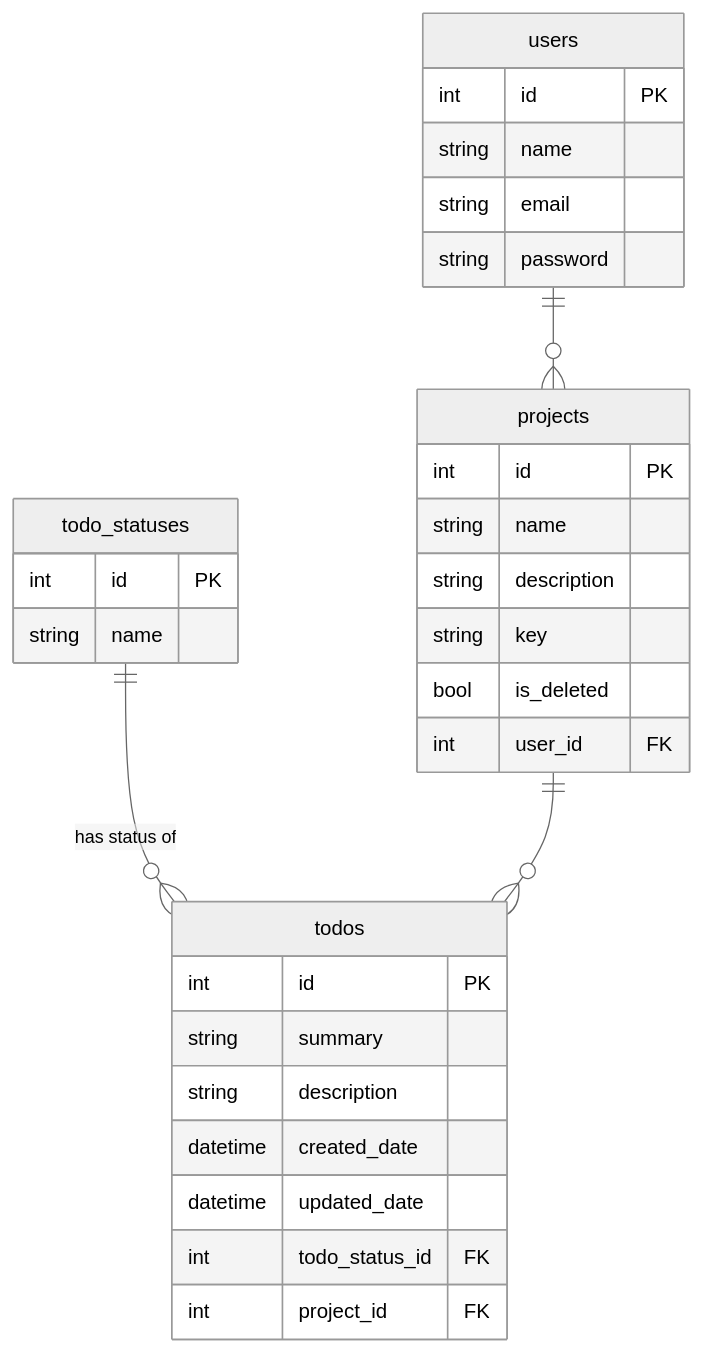
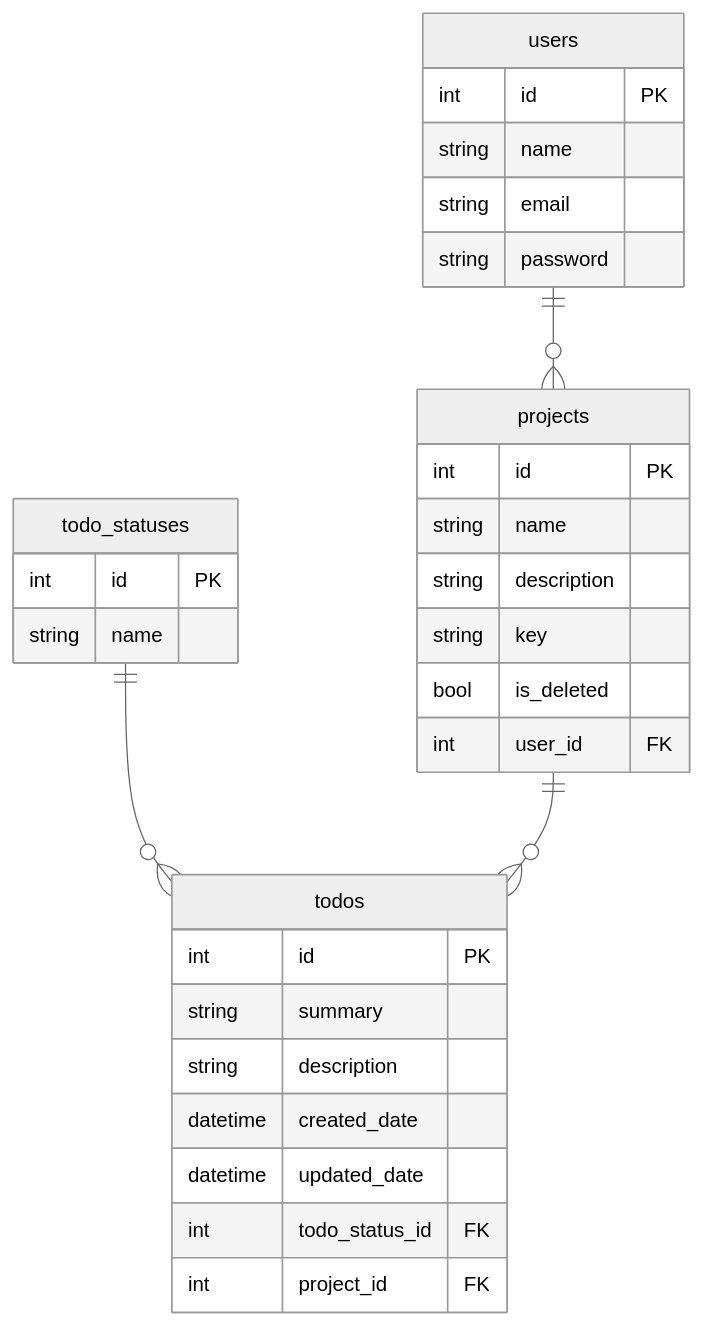
Before and after one commit to UnosquareCOE/TodoQaGuild: the diagram in README.md, drawn with Mermaid.

Commit message:
Initial DB commit

````diff
--- a/README.md
+++ b/README.md
@@ -21,34 +21,34 @@
 ```mermaid
 %%{init: {'theme':'neutral'}}%%
 erDiagram
     todo_statuses {
         int id PK
         string name
     }
     todos {
         int id PK
         string summary
         string description
         datetime created_date
         datetime updated_date
         int todo_status_id FK
         int project_id FK
     }
     projects {
         int id PK
         string name
         string description
         string key
         bool is_deleted
         int user_id FK
     }
     users {
         int id PK
         string name
         string email
         string password
     }
-    todo_statuses ||--o{ todos : "has status of"
+    todo_statuses ||--o{ todos : ""
     projects ||--o{ todos: ""
     users ||--o{ projects: ""
 ```
````
